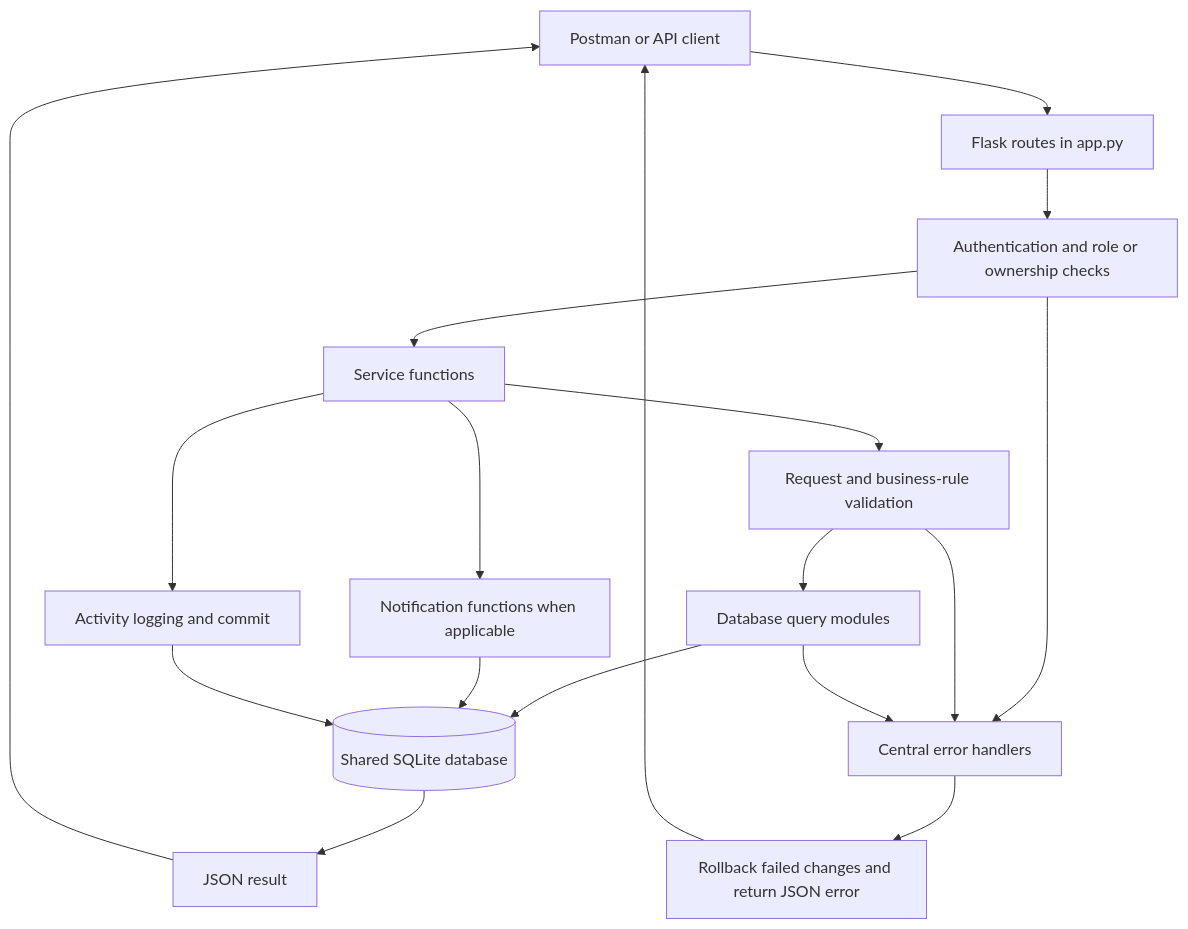
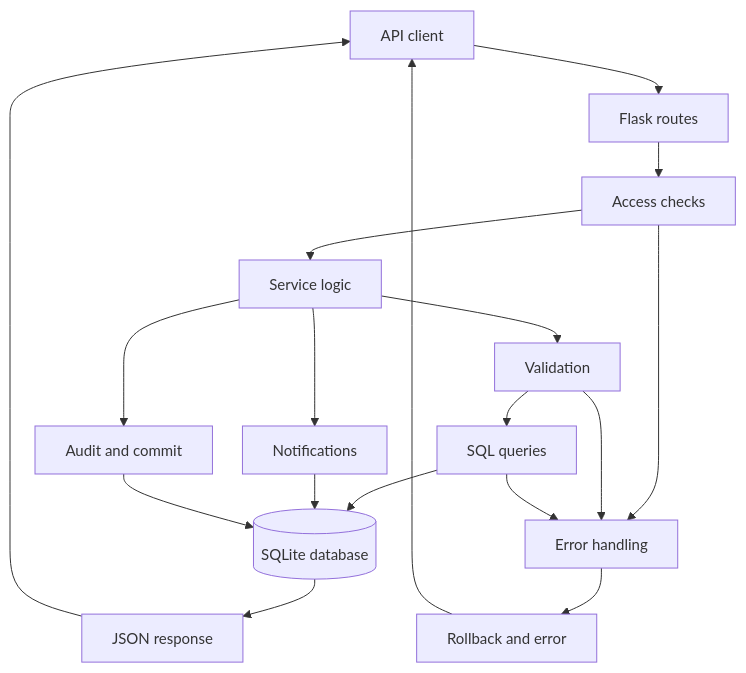
One commit to sabaronnie/EECE435L_Sprint1 changed the diagram in README.md. Above: the diagram before and after it, drawn with Mermaid. The commit also changed 1 other file, not shown here.

Commit message:
Fixed README image rendering

````diff
--- a/README.md
+++ b/README.md
@@ -150,20 +150,30 @@
 ```mermaid
+---
+config:
+  htmlLabels: false
+  themeVariables:
+    fontFamily: Arial
+    fontSize: 15px
+  flowchart:
+    nodeSpacing: 30
+    rankSpacing: 35
+---
 flowchart TD
-    Client[Postman or API client] --> Routes[Flask routes in app.py]
-    Routes --> Auth[Authentication and role or ownership checks]
-    Auth --> Service[Service functions]
-    Service --> Validation[Request and business-rule validation]
-    Validation --> Data[Database query modules]
-    Data --> DB[(Shared SQLite database)]
-    Service --> Alerts[Notification functions when applicable]
+    Client["API client"] --> Routes["Flask routes"]
+    Routes --> Auth["Access checks"]
+    Auth --> Service["Service logic"]
+    Service --> Validation["Validation"]
+    Validation --> Data["SQL queries"]
+    Data --> DB[("SQLite database")]
+    Service --> Alerts["Notifications"]
     Alerts --> DB
-    Service --> Audit[Activity logging and commit]
+    Service --> Audit["Audit and commit"]
     Audit --> DB
-    DB --> Response[JSON result]
+    DB --> Response["JSON response"]
     Response --> Client
-    Auth --> Errors[Central error handlers]
+    Auth --> Errors["Error handling"]
     Validation --> Errors
     Data --> Errors
-    Errors --> Rollback[Rollback failed changes and return JSON error]
+    Errors --> Rollback["Rollback and error"]
     Rollback --> Client
 ```
````
